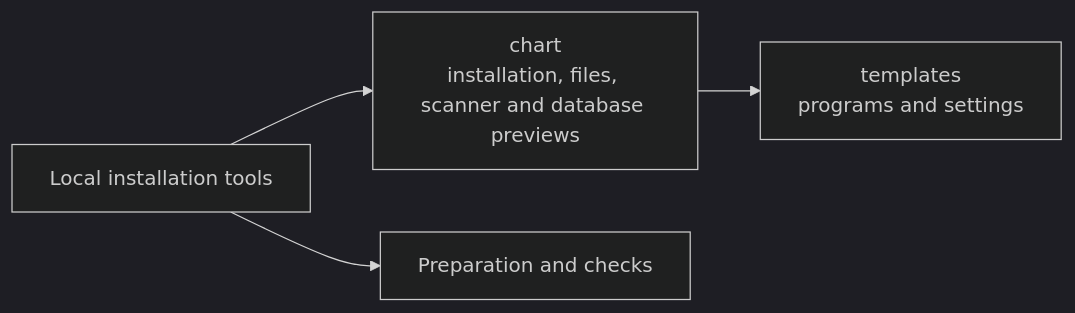
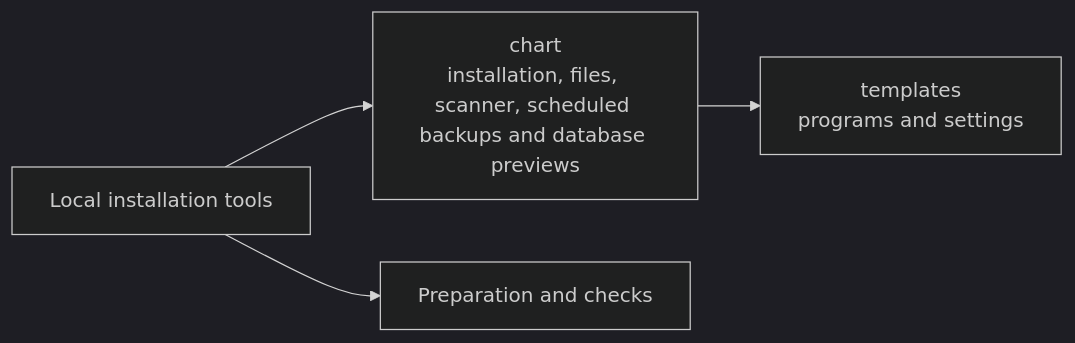
One commit to elewa-git/opencrane-new changed the diagram in infra/package/chart/README.md. Above: the diagram before and after it, drawn with Mermaid (dark theme). The commit also changed other lines of this file and 95 other files, not shown here.

````diff
--- a/infra/package/chart/README.md
+++ b/infra/package/chart/README.md
@@ -35,6 +36,6 @@
 ```mermaid
 flowchart LR
-  package["Local installation tools"] --> chart["chart<br/>installation, files, scanner and database previews"]
+  package["Local installation tools"] --> chart["chart<br/>installation, files, scanner, scheduled backups and database previews"]
   package --> prepare["Preparation and checks"]
   chart --> templates["templates<br/>programs and settings"]
 ```
````
